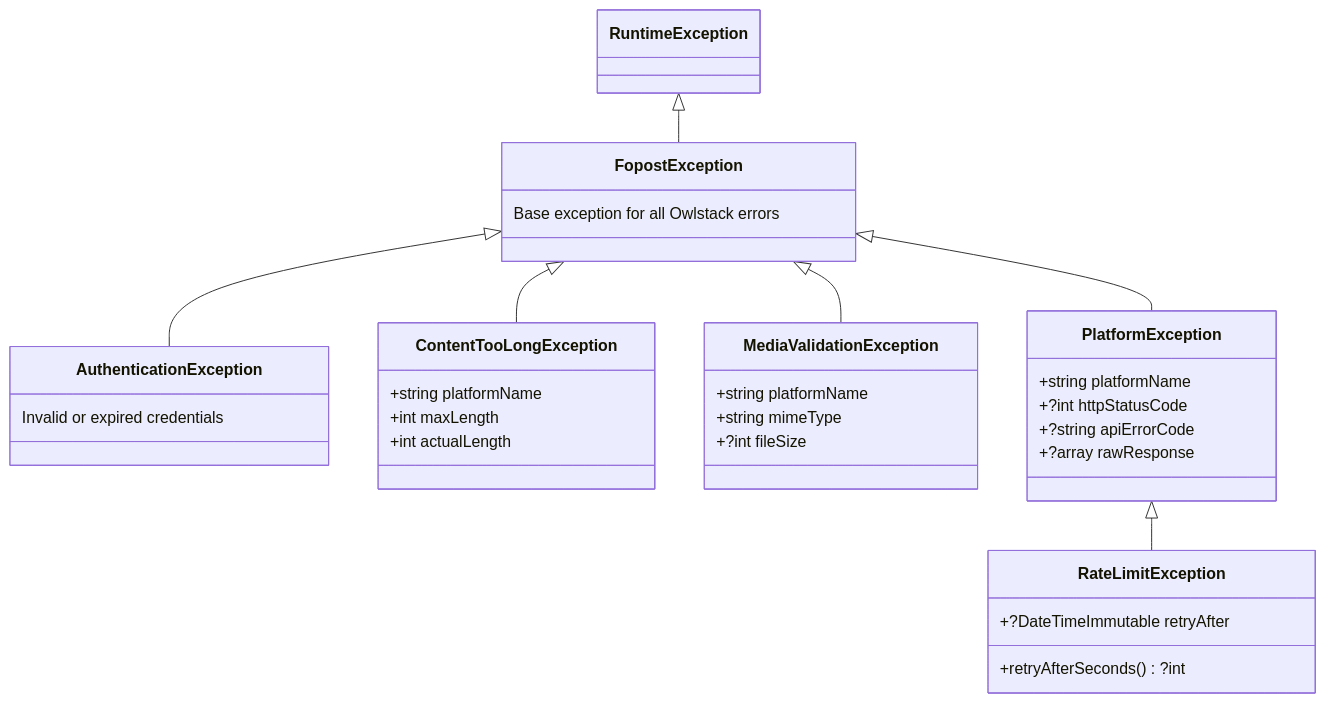
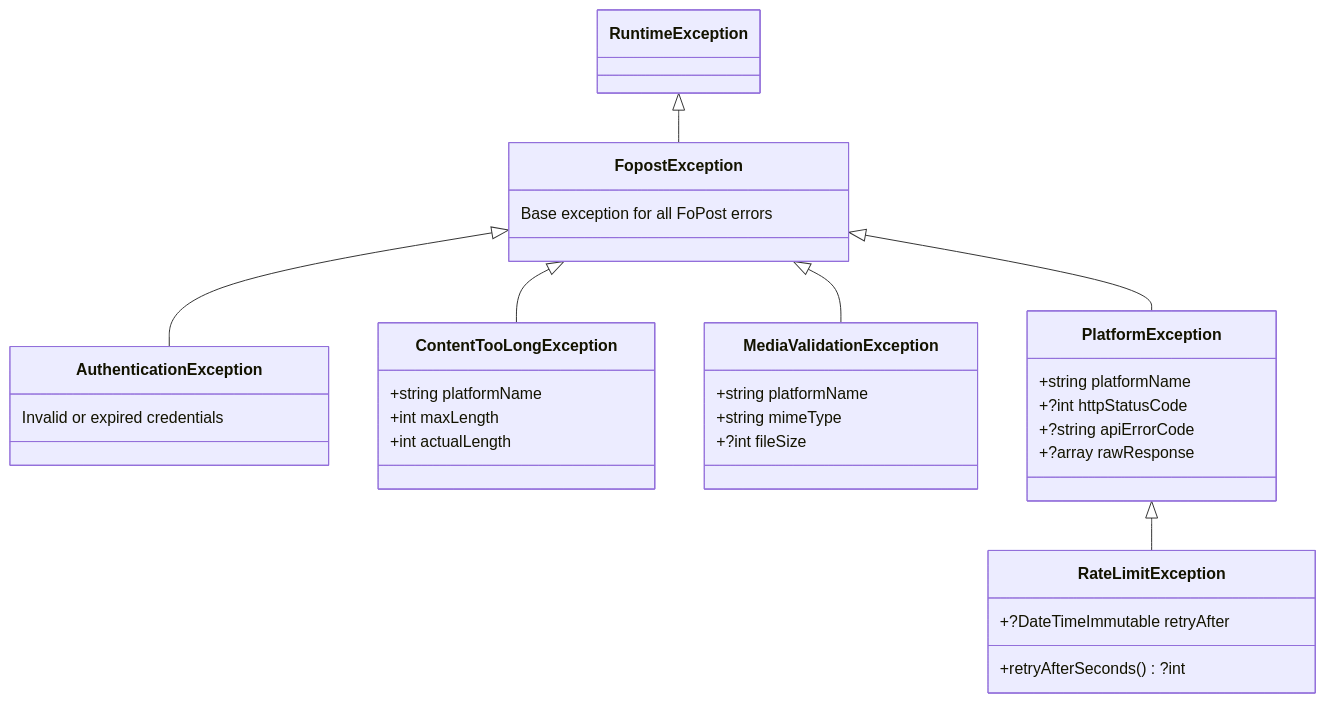
One commit to fopost/fopost-social-core changed the sixth of 6 diagrams in README.md. Above: the diagram before and after it, drawn with Mermaid. The commit also changed other lines of this file and 3 other files, not shown here.

````diff
--- a/README.md
+++ b/README.md
@@ -732,36 +732,36 @@
 ```mermaid
 classDiagram
     RuntimeException <|-- FopostException
     FopostException <|-- AuthenticationException
     FopostException <|-- ContentTooLongException
     FopostException <|-- MediaValidationException
     FopostException <|-- PlatformException
     PlatformException <|-- RateLimitException
 
     class FopostException {
-        Base exception for all Owlstack errors
+        Base exception for all FoPost errors
     }
     class AuthenticationException {
         Invalid or expired credentials
     }
     class ContentTooLongException {
         +string platformName
         +int maxLength
         +int actualLength
     }
     class MediaValidationException {
         +string platformName
         +string mimeType
         +?int fileSize
     }
     class PlatformException {
         +string platformName
         +?int httpStatusCode
         +?string apiErrorCode
         +?array rawResponse
     }
     class RateLimitException {
         +?DateTimeImmutable retryAfter
         +retryAfterSeconds() ?int
     }
 ```
````
